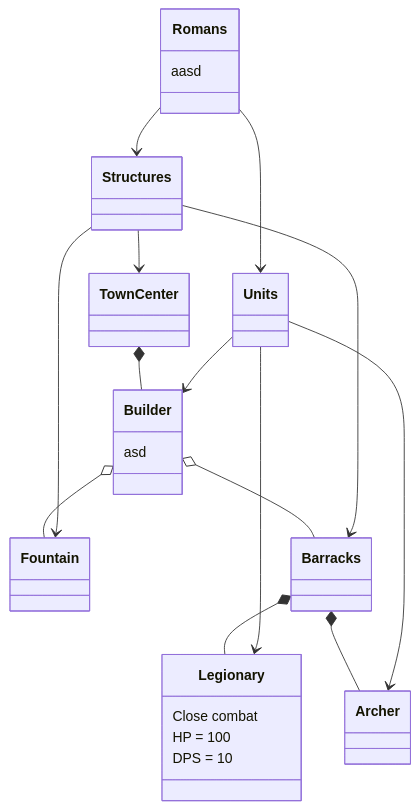
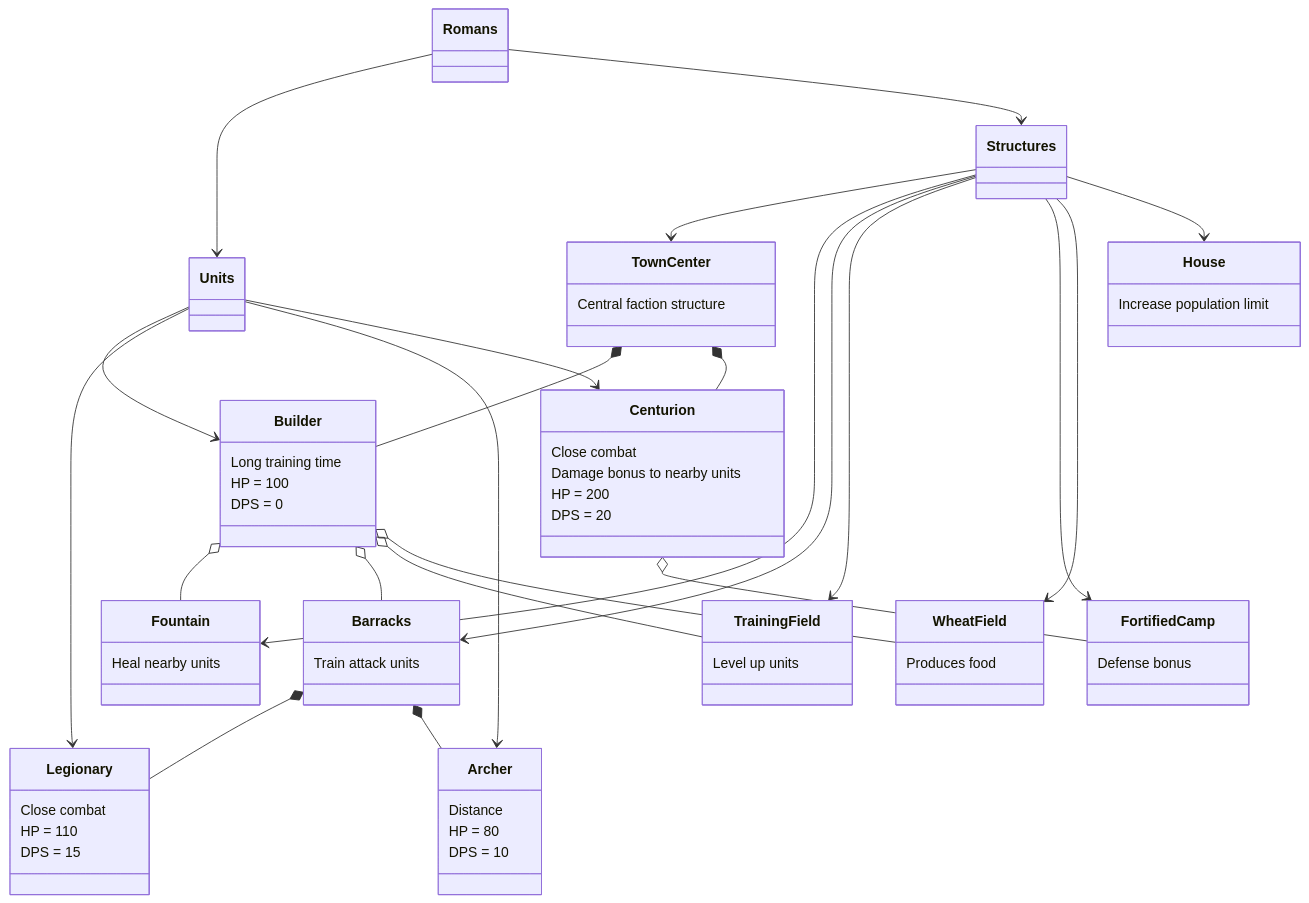
One commit to GuilleQP/guilleqp.github.io changed the diagram in notes.md. Above: the diagram before and after it, drawn with Mermaid. The commit also changed 4 other files, not shown here.

Commit message:
Romans planification and wheat farm

```diff
--- a/notes.md
+++ b/notes.md
@@ -8,21 +8,45 @@
 <div class="mermaid">
 classDiagram
 Romans --> Units
 Romans --> Structures
-Romans : aasd
 Units --> Builder
 Units --> Legionary
 Units --> Archer
+Units --> Centurion
 Structures --> TownCenter
 Structures --> Fountain
 Structures --> Barracks
+Structures --> TrainingField
+Structures --> FortifiedCamp
+Structures --> WheatField
+Structures --> House
 Builder o-- Fountain
 Builder o-- Barracks
-Builder : asd
+Builder o-- TrainingField
+Centurion o-- FortifiedCamp
+Builder o-- WheatField
 TownCenter *-- Builder
+TownCenter *-- Centurion
 Barracks *-- Legionary
 Barracks *-- Archer
 Legionary : Close combat
-Legionary : HP = 100
-Legionary : DPS = 10
+Legionary : HP = 110
+Legionary : DPS = 15
+Archer : Distance
+Archer : HP = 80
+Archer : DPS = 10
+Builder : Long training time
+Builder : HP = 100
+Builder : DPS = 0
+Centurion : Close combat
+Centurion : Damage bonus to nearby units
+Centurion : HP = 200
+Centurion : DPS = 20
+TownCenter : Central faction structure
+Fountain : Heal nearby units
+Barracks : Train attack units
+TrainingField : Level up units
+WheatField : Produces food
+FortifiedCamp : Defense bonus
+House : Increase population limit
 </div>
```
